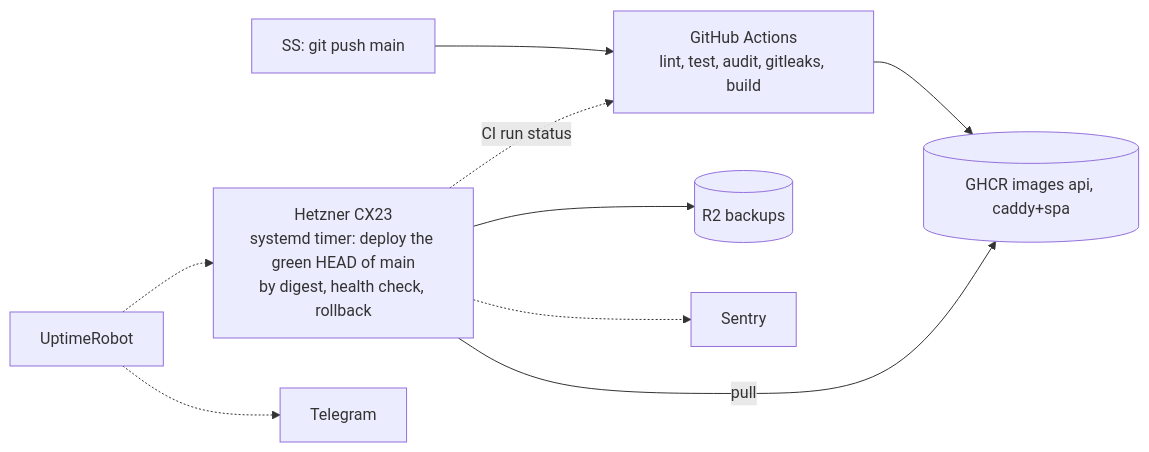
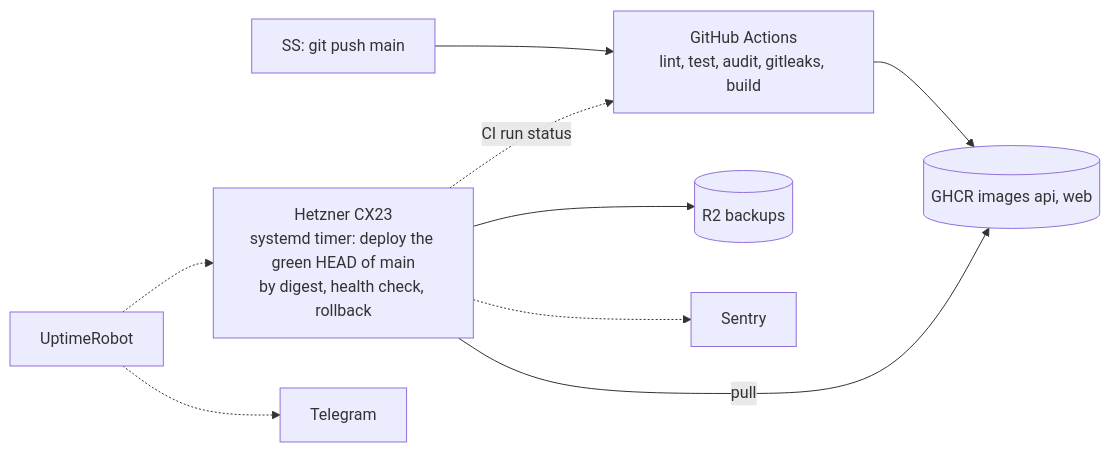
One commit to sergei-solonitcyn/barbro-docs changed the seventh of 7 diagrams in architecture.md. Above: the diagram before and after it, drawn with Mermaid. The commit also changed other lines of this file and 5 other files, not shown here.

````diff
--- a/architecture.md
+++ b/architecture.md
@@ -220,12 +227,12 @@
 ```mermaid
 flowchart LR
   dev[SS: git push main] --> gha[GitHub Actions<br/>lint, test, audit, gitleaks, build]
-  gha --> ghcr[(GHCR images api, caddy+spa)]
+  gha --> ghcr[(GHCR images api, web)]
   vps[Hetzner CX23<br/>systemd timer: deploy the green HEAD of main<br/>by digest, health check, rollback] -->|pull| ghcr
   vps --> r2[(R2 backups)]
   vps -.-> sentry[Sentry]
   ur[UptimeRobot] -.-> vps
   ur -.-> tg[Telegram]
   vps -.->|CI run status| gha
   
 ```
````
